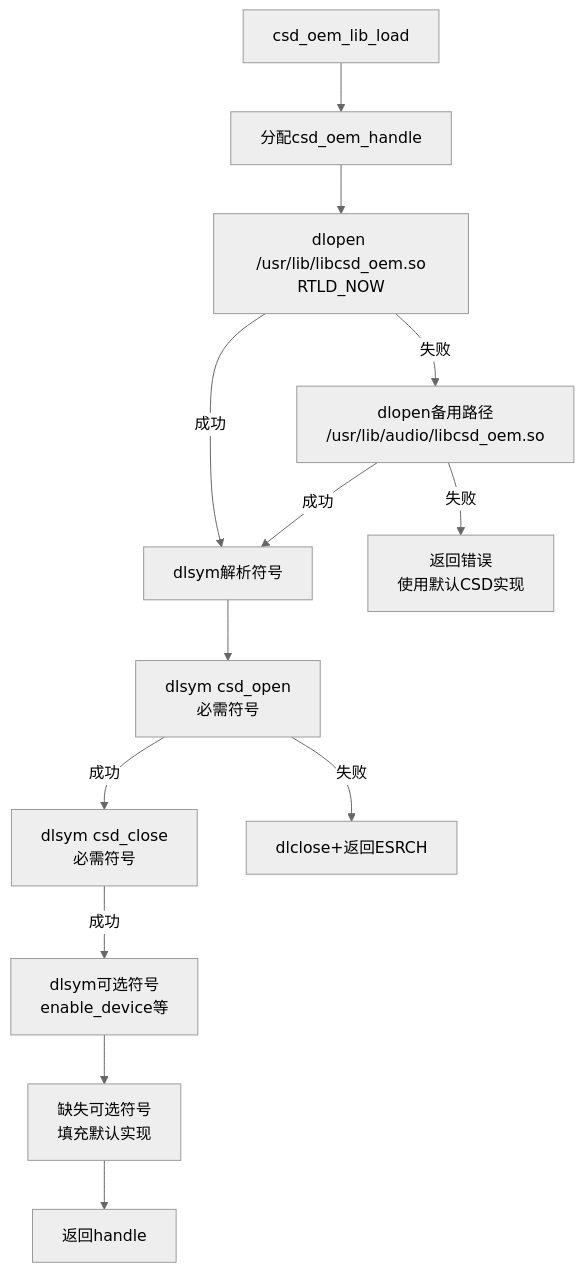
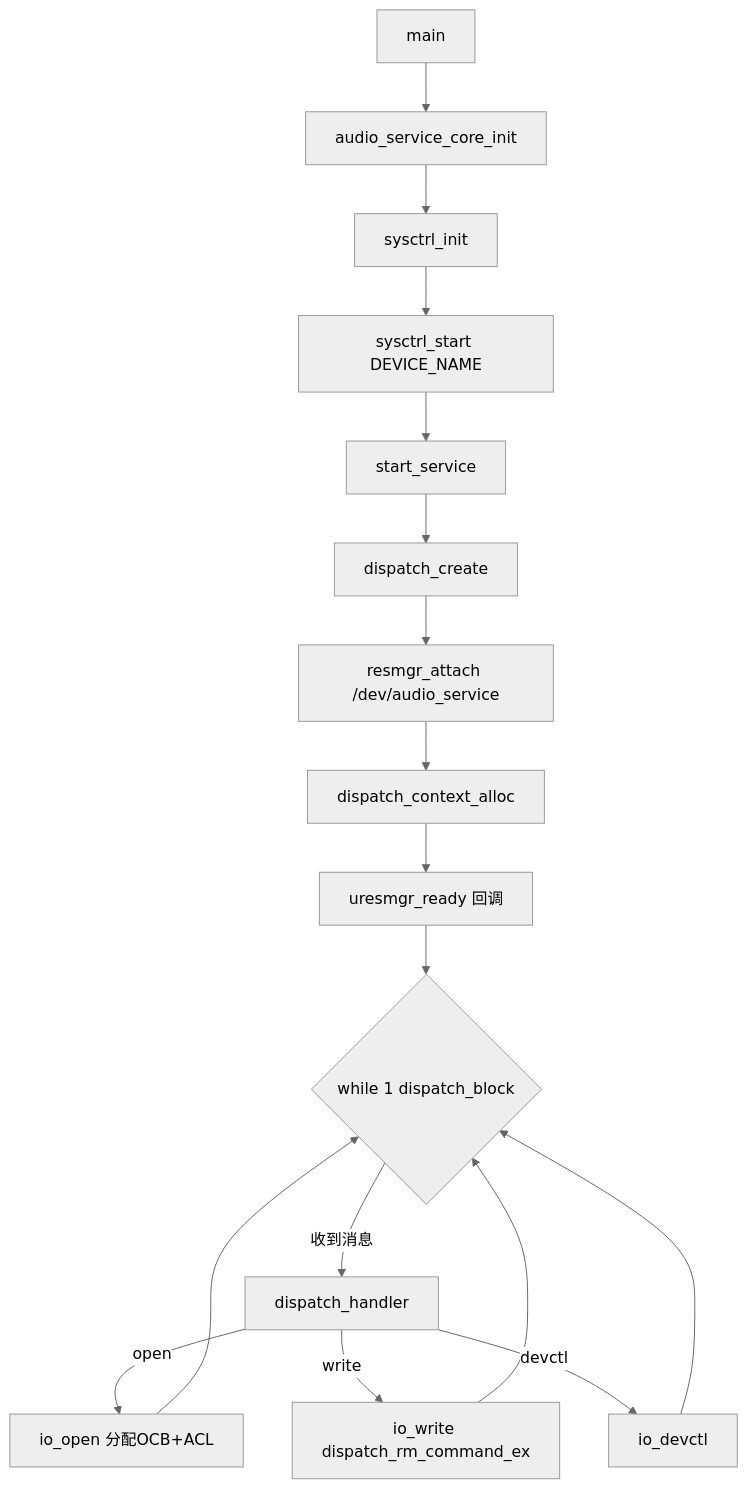
Before and after one commit to yanglinzhen1022/SA8295_AAOS_QNX_Audio_KnowledgeBase: the sixth of 11 diagrams in 16_Vendor_QNX_Architecture/16_16.17_QNX_audio_service_vm_VM音频服务.md, drawn with Mermaid (neutral theme). The commit also changed other lines of this file and 48 other files, not shown here.

````diff
--- a/16_Vendor_QNX_Architecture/16_16.17_QNX_audio_service_vm_VM音频服务.md
+++ b/16_Vendor_QNX_Architecture/16_16.17_QNX_audio_service_vm_VM音频服务.md
@@ -811,15 +493,19 @@
 ```mermaid
 graph TB
-    Load[csd_oem_lib_load] --> Alloc[分配csd_oem_handle]
-    Alloc --> Dlopen1[dlopen /usr/lib/libcsd_oem.so<br/>RTLD_NOW]
-    Dlopen1 -->|成功| Dlsym[dlsym解析符号]
-    Dlopen1 -->|失败| Dlopen2[dlopen备用路径<br/>/usr/lib/audio/libcsd_oem.so]
-    Dlopen2 -->|成功| Dlsym
-    Dlopen2 -->|失败| Default[返回错误<br/>使用默认CSD实现]
-    Dlsym --> SymOpen[dlsym csd_open<br/>必需符号]
-    SymOpen -->|成功| SymClose[dlsym csd_close<br/>必需符号]
-    SymOpen -->|失败| Dlclose_Err[dlclose+返回ESRCH]
-    SymClose -->|成功| SymOpt[dlsym可选符号<br/>enable_device等]
-    SymOpt --> FillDefault[缺失可选符号<br/>填充默认实现]
-    FillDefault --> Success[返回handle]
+    Main[main] --> CoreInit[audio_service_core_init]
+    CoreInit --> SysInit[sysctrl_init]
+    SysInit --> Start[sysctrl_start DEVICE_NAME]
+    Start --> StartSvc[start_service]
+    StartSvc --> Create[dispatch_create]
+    Create --> Attach[resmgr_attach /dev/audio_service]
+    Attach --> Alloc[dispatch_context_alloc]
+    Alloc --> Ready[uresmgr_ready 回调]
+    Ready --> Loop{while 1 dispatch_block}
+    Loop -->|收到消息| Handler[dispatch_handler]
+    Handler -->|open| IoOpen[io_open 分配OCB+ACL]
+    Handler -->|write| IoWrite[io_write dispatch_rm_command_ex]
+    Handler -->|devctl| IoDevctl[io_devctl]
+    IoOpen --> Loop
+    IoWrite --> Loop
+    IoDevctl --> Loop
 ```
````
